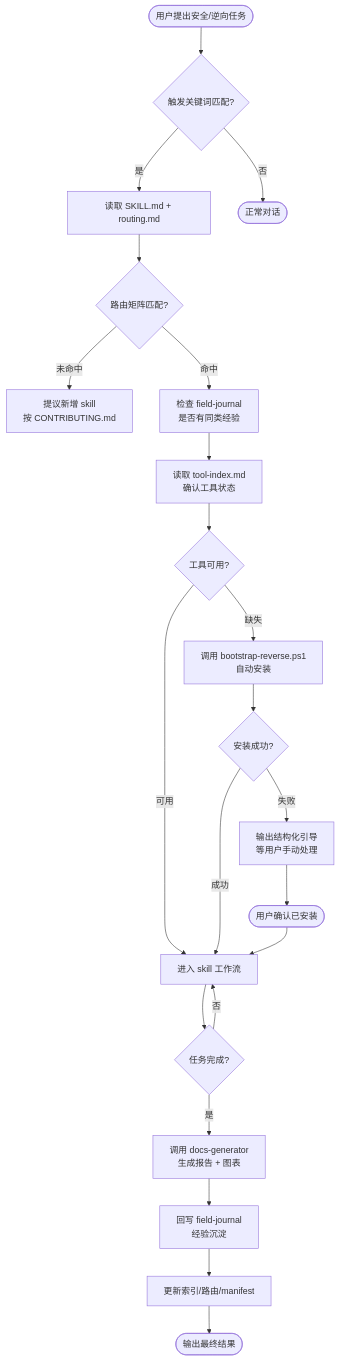
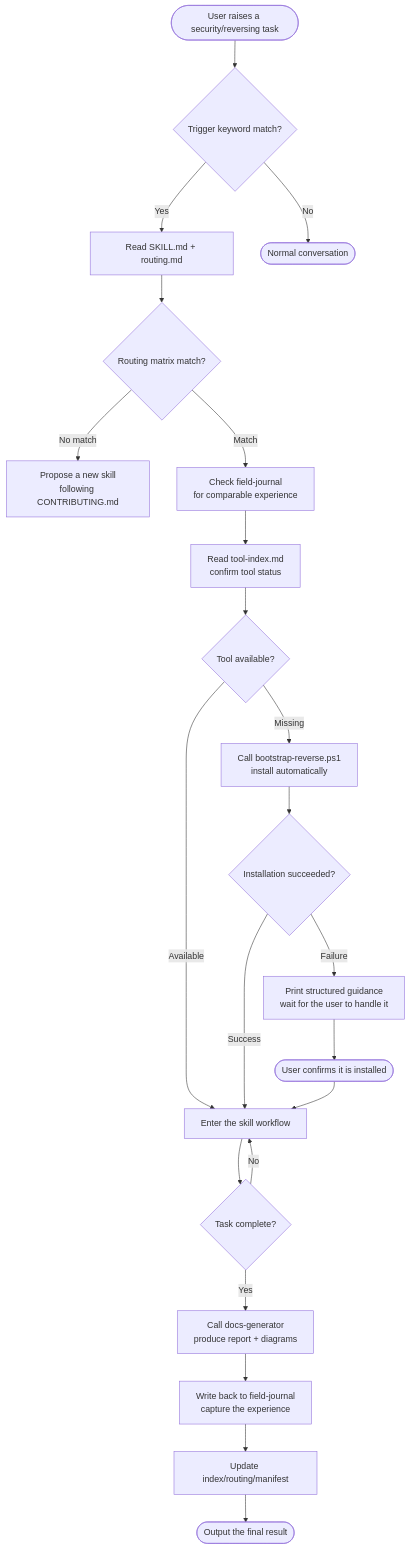
The first of 7 diagrams in skills/_infra/reverse-engineering-ctf-repo/ARCHITECTURE.md (dbx0/skills), drawn with Mermaid before and after one commit. The commit also changed other lines of this file and 172 other files, not shown here.

Commit message:
Translating chinese skills, adding Report skill and BugCrowd VRT categorization skill

````diff
--- a/skills/_infra/reverse-engineering-ctf-repo/ARCHITECTURE.md
+++ b/skills/_infra/reverse-engineering-ctf-repo/ARCHITECTURE.md
@@ -5,30 +5,30 @@
 ```mermaid
 flowchart TD
-    Start([用户提出安全/逆向任务]) --> Detect{触发关键词匹配?}
-    Detect -->|是| ReadRouting[读取 SKILL.md + routing.md]
-    Detect -->|否| Normal([正常对话])
+    Start([User raises a security/reversing task]) --> Detect{Trigger keyword match?}
+    Detect -->|Yes| ReadRouting[Read SKILL.md + routing.md]
+    Detect -->|No| Normal([Normal conversation])
     
-    ReadRouting --> RouteMatch{路由矩阵匹配?}
-    RouteMatch -->|未命中| ProposeNew[提议新增 skill<br/>按 CONTRIBUTING.md]
-    RouteMatch -->|命中| CheckJournal[检查 field-journal<br/>是否有同类经验]
+    ReadRouting --> RouteMatch{Routing matrix match?}
+    RouteMatch -->|No match| ProposeNew[Propose a new skill<br/>following CONTRIBUTING.md]
+    RouteMatch -->|Match| CheckJournal[Check field-journal<br/>for comparable experience]
     
-    CheckJournal --> CheckTools[读取 tool-index.md<br/>确认工具状态]
-    CheckTools --> ToolOK{工具可用?}
+    CheckJournal --> CheckTools[Read tool-index.md<br/>confirm tool status]
+    CheckTools --> ToolOK{Tool available?}
     
-    ToolOK -->|缺失| Bootstrap[调用 bootstrap-reverse.ps1<br/>自动安装]
-    ToolOK -->|可用| Execute[进入 skill 工作流]
+    ToolOK -->|Missing| Bootstrap[Call bootstrap-reverse.ps1<br/>install automatically]
+    ToolOK -->|Available| Execute[Enter the skill workflow]
     
-    Bootstrap --> BootOK{安装成功?}
-    BootOK -->|成功| Execute
-    BootOK -->|失败| Guide[输出结构化引导<br/>等用户手动处理]
-    Guide --> UserConfirm([用户确认已安装])
+    Bootstrap --> BootOK{Installation succeeded?}
+    BootOK -->|Success| Execute
+    BootOK -->|Failure| Guide[Print structured guidance<br/>wait for the user to handle it]
+    Guide --> UserConfirm([User confirms it is installed])
     UserConfirm --> Execute
     
-    Execute --> TaskDone{任务完成?}
-    TaskDone -->|否| Execute
-    TaskDone -->|是| GenReport[调用 docs-generator<br/>生成报告 + 图表]
+    Execute --> TaskDone{Task complete?}
+    TaskDone -->|No| Execute
+    TaskDone -->|Yes| GenReport[Call docs-generator<br/>produce report + diagrams]
     
-    GenReport --> WriteJournal[回写 field-journal<br/>经验沉淀]
-    WriteJournal --> UpdateIndex[更新索引/路由/manifest]
-    UpdateIndex --> Output([输出最终结果])
+    GenReport --> WriteJournal[Write back to field-journal<br/>capture the experience]
+    WriteJournal --> UpdateIndex[Update index/routing/manifest]
+    UpdateIndex --> Output([Output the final result])
 ```
````
